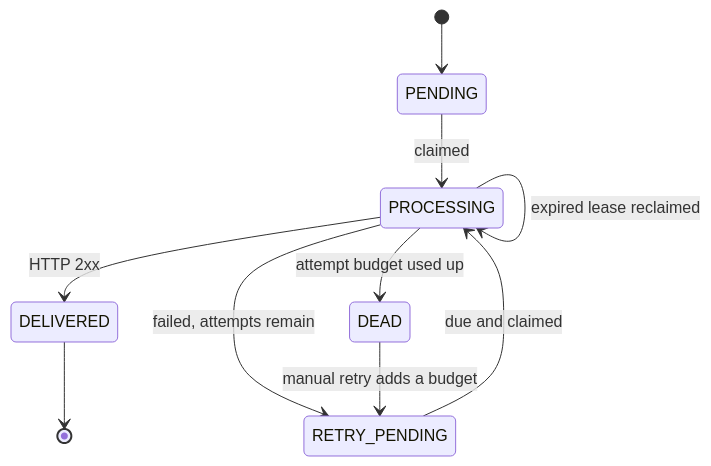
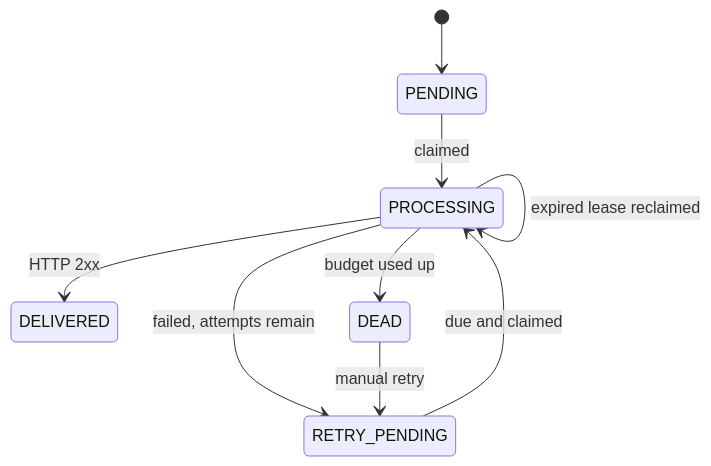
Before and after one commit to YashwardhanV/SignalDock: the second of 2 diagrams in docs/ARCHITECTURE.md, drawn with Mermaid. The commit also changed other lines of this file and 2 other files, not shown here.

Commit message:
Fold ER diagram into architecture doc and tighten docs

````diff
--- a/docs/ARCHITECTURE.md
+++ b/docs/ARCHITECTURE.md
@@ -57,12 +57,11 @@
 ```mermaid
 stateDiagram-v2
     [*] --> PENDING
     PENDING --> PROCESSING: claimed
     RETRY_PENDING --> PROCESSING: due and claimed
     PROCESSING --> DELIVERED: HTTP 2xx
     PROCESSING --> RETRY_PENDING: failed, attempts remain
-    PROCESSING --> DEAD: attempt budget used up
+    PROCESSING --> DEAD: budget used up
     PROCESSING --> PROCESSING: expired lease reclaimed
-    DEAD --> RETRY_PENDING: manual retry adds a budget
-    DELIVERED --> [*]
+    DEAD --> RETRY_PENDING: manual retry
 ```
````
